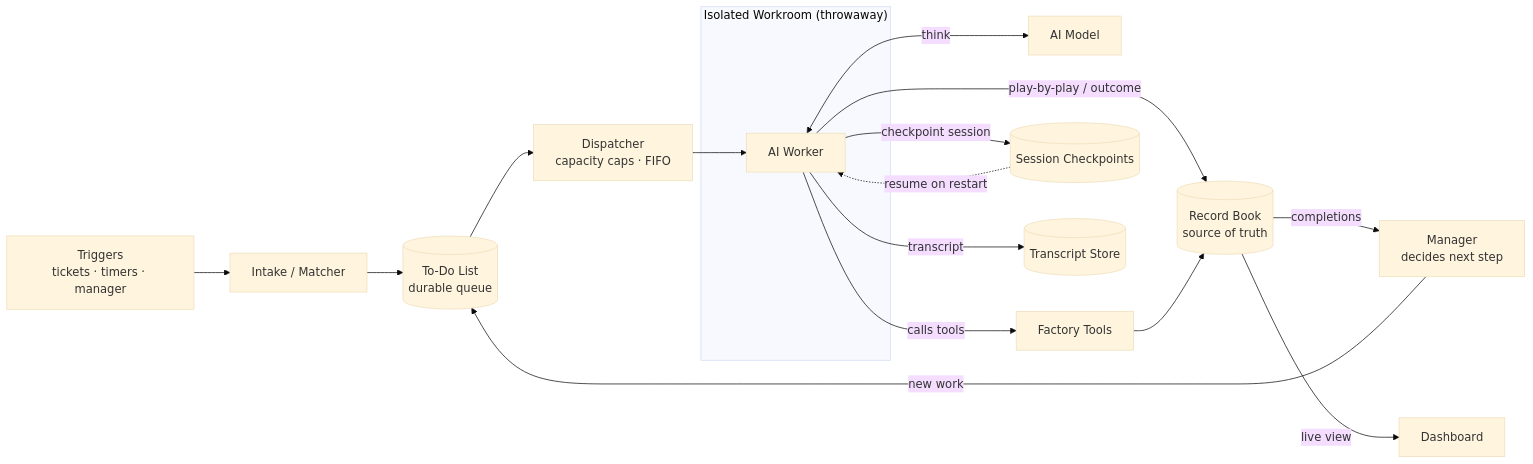
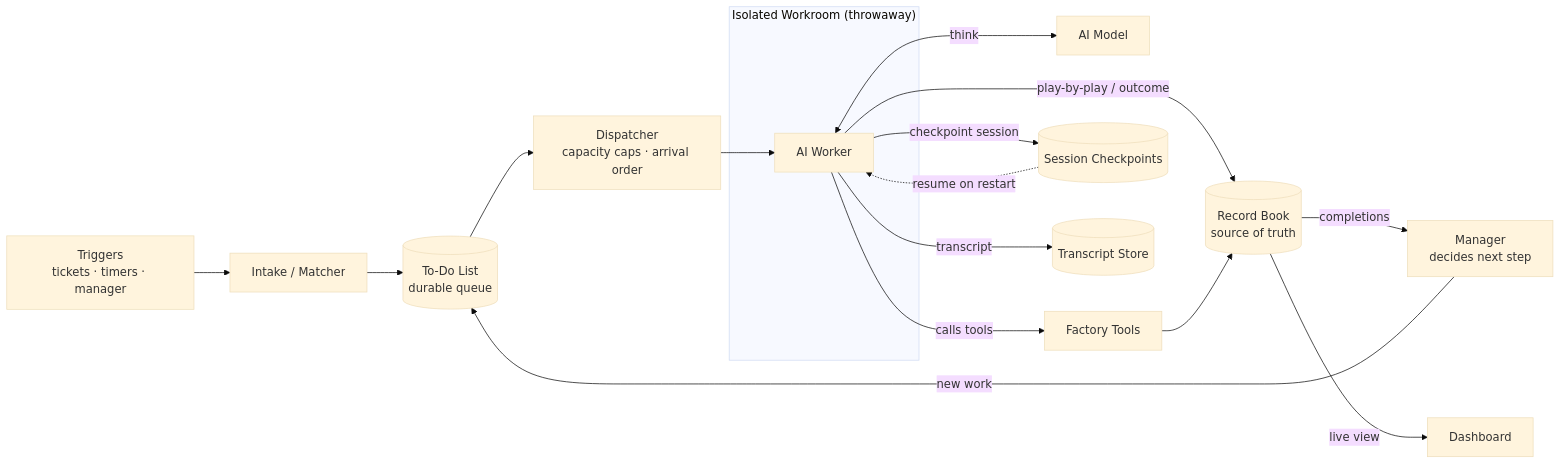
Before and after one commit to prezaei/simplefactory: the diagram in docs/factory-product-spec.md, drawn with Mermaid (base theme). The commit also changed other lines of this file, not shown here.

````diff
--- a/docs/factory-product-spec.md
+++ b/docs/factory-product-spec.md
@@ -100,20 +101,20 @@
 ```mermaid
 flowchart LR
     T["Triggers<br/>tickets · timers · manager"] --> I["Intake / Matcher"]
     I --> Q[("To-Do List<br/>durable queue")]
-    Q --> D["Dispatcher<br/>capacity caps · FIFO"]
+    Q --> D["Dispatcher<br/>capacity caps · arrival order"]
     D --> A
     subgraph Workroom["Isolated Workroom (throwaway)"]
       A["AI Worker"]
     end
     A <-->|think| M["AI Model"]
     A -->|calls tools| TA["Factory Tools"]
     A -->|checkpoint session| CP[("Session Checkpoints")]
     CP -.->|resume on restart| A
     A -->|transcript| AR[("Transcript Store")]
     A -->|play-by-play / outcome| R[("Record Book<br/>source of truth")]
     TA --> R
     R -->|completions| MG["Manager<br/>decides next step"]
     MG -->|new work| Q
     R -->|live view| DB["Dashboard"]
 ```
````
